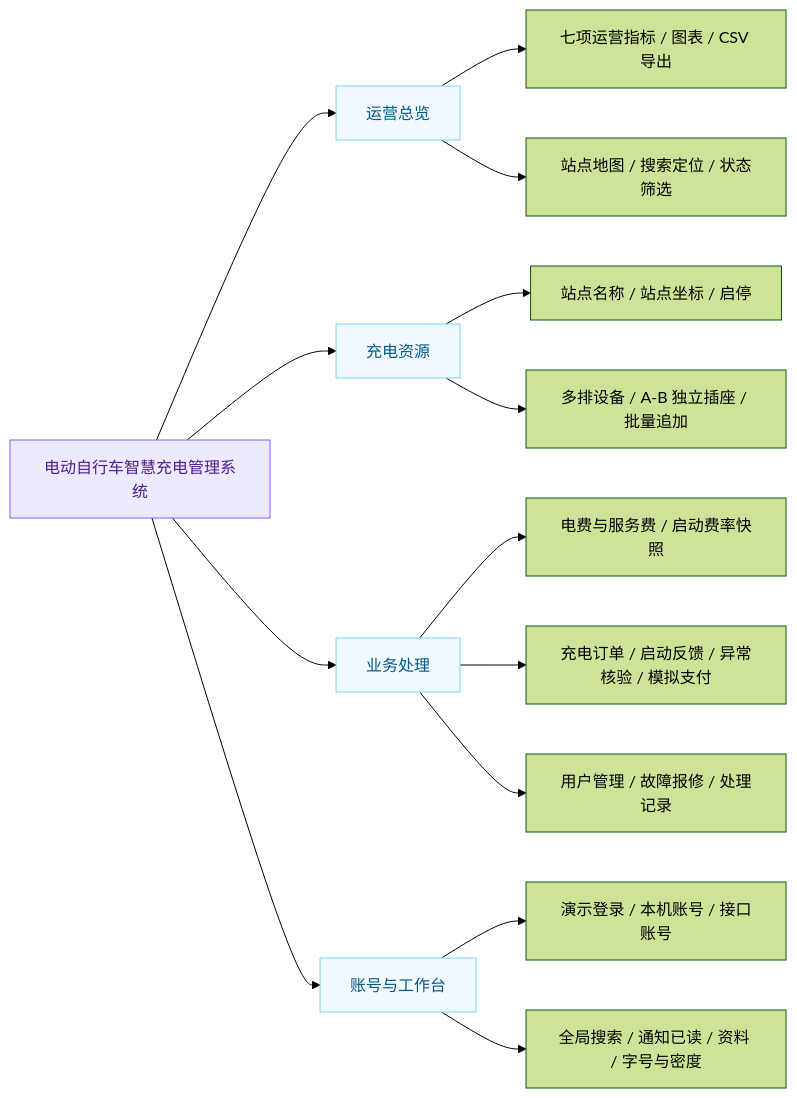
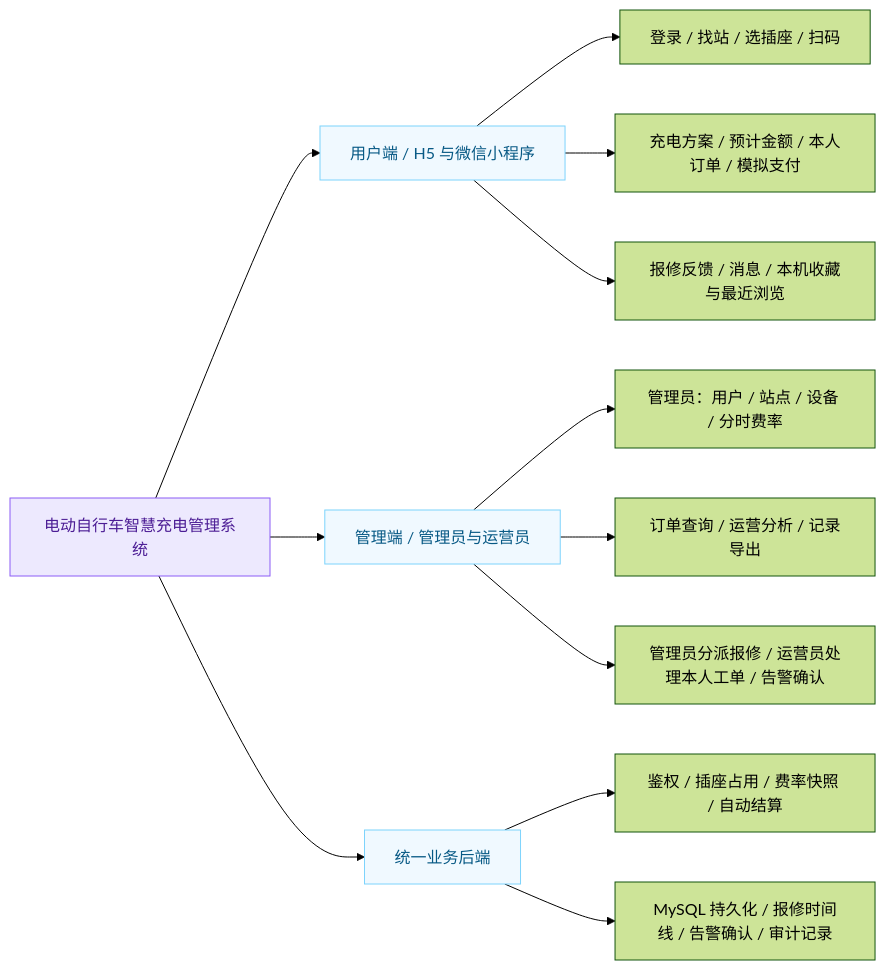
The first of 4 diagrams in README.md (ifox-hu/campus-ebike-charging), drawn with Mermaid (forest theme) before and after one commit. The commit also changed other lines of this file, not shown here.

````diff
--- a/README.md
+++ b/README.md
@@ -85,21 +95,19 @@
 ```mermaid
 flowchart LR
   Root["电动自行车智慧充电管理系统"]
-  Root --> Operations["运营总览"]
-  Root --> Resources["充电资源"]
-  Root --> Business["业务处理"]
-  Root --> Tools["账号与工作台"]
-  Operations --> Metrics["七项运营指标 / 图表 / CSV 导出"]
-  Operations --> Map["站点地图 / 搜索定位 / 状态筛选"]
-  Resources --> Sites["站点名称 / 站点坐标 / 启停"]
-  Resources --> Layout["多排设备 / A-B 独立插座 / 批量追加"]
-  Business --> Rates["电费与服务费 / 启动费率快照"]
-  Business --> Orders["充电订单 / 启动反馈 / 异常核验 / 模拟支付"]
-  Business --> Repairs["用户管理 / 故障报修 / 处理记录"]
-  Tools --> Login["演示登录 / 本机账号 / 接口账号"]
-  Tools --> Utilities["全局搜索 / 通知已读 / 资料 / 字号与密度"]
+  Root --> Customer["用户端 / H5 与微信小程序"]
+  Root --> Admin["管理端 / 管理员与运营员"]
+  Root --> Server["统一业务后端"]
+  Customer --> Find["登录 / 找站 / 选插座 / 扫码"]
+  Customer --> Use["充电方案 / 预计金额 / 本人订单 / 模拟支付"]
+  Customer --> Feedback["报修反馈 / 消息 / 本机收藏与最近浏览"]
+  Admin --> Resources["管理员：用户 / 站点 / 设备 / 分时费率"]
+  Admin --> Operations["订单查询 / 运营分析 / 记录导出"]
+  Admin --> Maintenance["管理员分派报修 / 运营员处理本人工单 / 告警确认"]
+  Server --> Rules["鉴权 / 插座占用 / 费率快照 / 自动结算"]
+  Server --> Records["MySQL 持久化 / 报修时间线 / 告警确认 / 审计记录"]
   classDef main fill:#ede9fe,stroke:#8b5cf6,color:#4c1d95
   classDef branch fill:#f0f9ff,stroke:#7dd3fc,color:#075985
   class Root main
-  class Operations,Resources,Business,Tools branch
+  class Customer,Admin,Server branch
 ```
````
